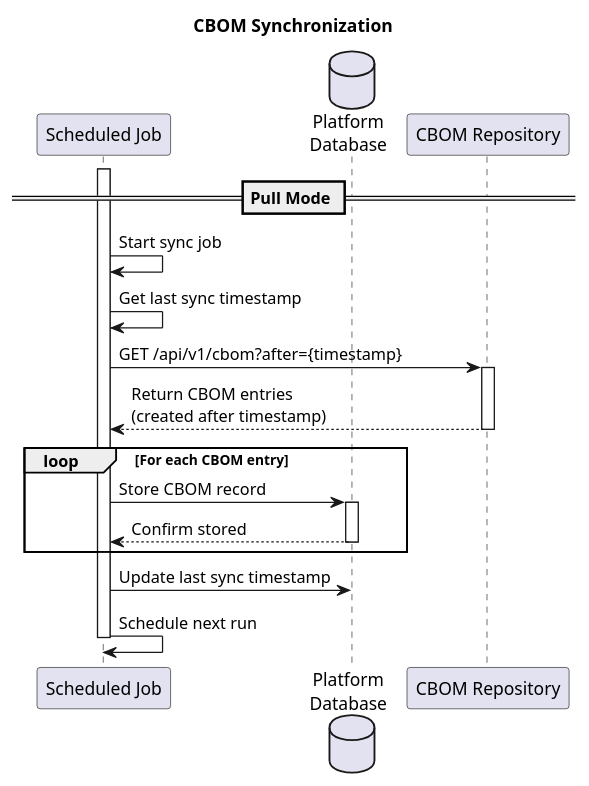
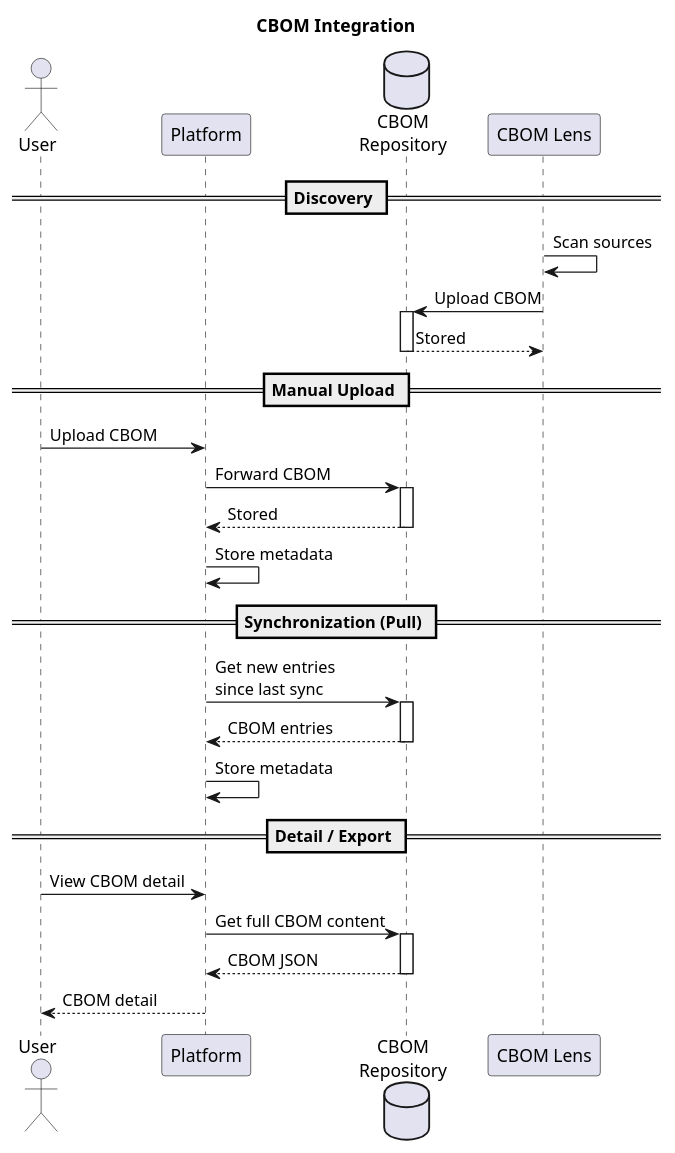
The diagram in docs/certificate-key/concept-design/core-components/cbom.md (OmniTrustILM/documentation), drawn with PlantUML before and after one commit. The commit also changed other lines of this file and 1 other file, not shown here.

Commit message:
Update CBOM docs

````diff
--- a/docs/certificate-key/concept-design/core-components/cbom.md
+++ b/docs/certificate-key/concept-design/core-components/cbom.md
@@ -114,33 +56,46 @@
 ```plantuml
-@startuml CBOM Synchronization
+@startuml CBOM Integration
 
-title CBOM Synchronization
+title CBOM Integration
 
-participant "Scheduled Job" as scheduler
-database "Platform\nDatabase" as db
-participant "CBOM Repository" as repo
+actor "User" as user
+participant "Platform" as core
+database "CBOM\nRepository" as repo
+participant "CBOM Lens" as lens
 
-== Pull Mode ==
+== Discovery ==
 
-activate scheduler
-scheduler -> scheduler: Start sync job
-scheduler -> scheduler: Get last sync timestamp
-
-scheduler -> repo: GET /api/v1/cbom?after={timestamp}
+lens -> lens: Scan sources
+lens -> repo: Upload CBOM
 activate repo
-repo --> scheduler: Return CBOM entries\n(created after timestamp)
+repo --> lens: Stored
 deactivate repo
 
-loop For each CBOM entry
-    scheduler -> db: Store CBOM record
-    activate db
-    db --> scheduler: Confirm stored
-    deactivate db
-end
+== Manual Upload ==
 
-scheduler -> db: Update last sync timestamp
-scheduler -> scheduler: Schedule next run
-deactivate scheduler
+user -> core: Upload CBOM
+core -> repo: Forward CBOM
+activate repo
+repo --> core: Stored
+deactivate repo
+core -> core: Store metadata
+
+== Synchronization (Pull) ==
+
+core -> repo: Get new entries\nsince last sync
+activate repo
+repo --> core: CBOM entries
+deactivate repo
+core -> core: Store metadata
+
+== Detail / Export ==
+
+user -> core: View CBOM detail
+core -> repo: Get full CBOM content
+activate repo
+repo --> core: CBOM JSON
+deactivate repo
+core --> user: CBOM detail
 
 @enduml
 ```
````
